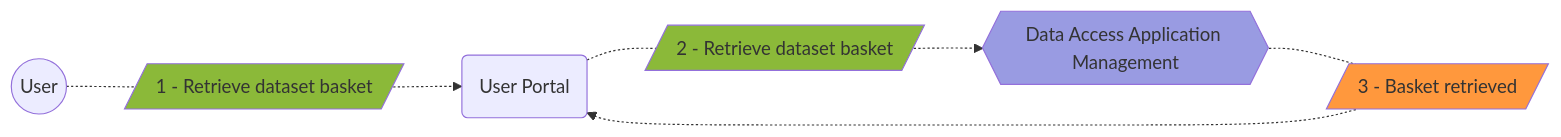
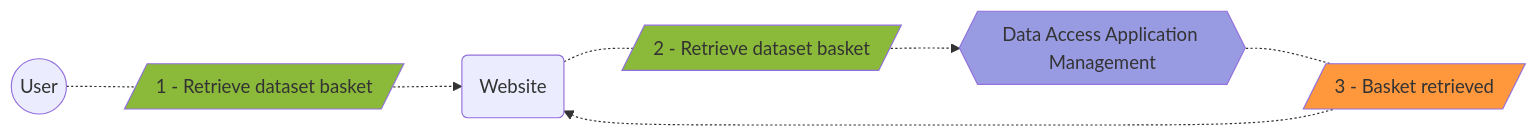
One commit to GenomicDataInfrastructure/gdi-userportal-docs changed the third of 15 diagrams in content/docs/data-access-application-management/use-cases/_index.md. Above: the diagram before and after it, drawn with Mermaid. The commit also changed other lines of this file, not shown here.

````diff
--- a/content/docs/data-access-application-management/use-cases/_index.md
+++ b/content/docs/data-access-application-management/use-cases/_index.md
@@ -97,36 +97,36 @@
 ```mermaid
 flowchart LR
     user(("`
         User
     `"))
     
-    user_portal("`
-        User Portal
+    website("`
+        Website
     `")
 
     daam{{"`
         Data Access Application Management
     `"}}
     style daam fill:#999be2
 
     retrieve_basket_1[/"`
         1 - Retrieve dataset basket
     `"/]
     retrieve_basket_2[/"`
         2 - Retrieve dataset basket
     `"/]
     style retrieve_basket_1 fill:#8BB939
     style retrieve_basket_2 fill:#8BB939
 
     basket_retrieved[/"`
         3 - Basket retrieved
     `"/]
     style basket_retrieved fill:#FF983D
 
     user -.- retrieve_basket_1
-    retrieve_basket_1 -.-> user_portal
-    user_portal -.- retrieve_basket_2
+    retrieve_basket_1 -.-> website
+    website -.- retrieve_basket_2
     retrieve_basket_2 -.-> daam
     daam -.- basket_retrieved
-    basket_retrieved -.-> user_portal
+    basket_retrieved -.-> website
 ```
````
